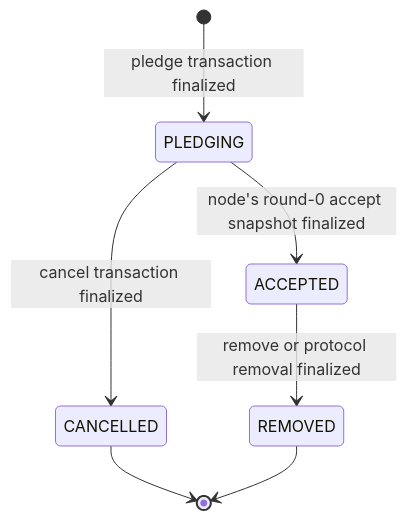
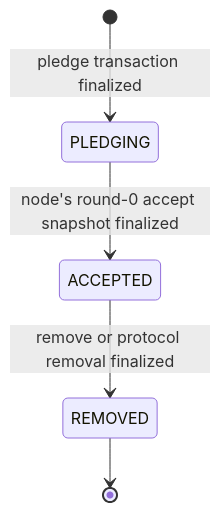
One commit to MixinNetwork/mixin changed the fourth of 6 diagrams in doc/mixin-kernel-technical-paper.md. Above: the diagram before and after it, drawn with Mermaid. The commit also changed other lines of this file and 8 other files, not shown here.

````diff
--- a/doc/mixin-kernel-technical-paper.md
+++ b/doc/mixin-kernel-technical-paper.md
@@ -354,9 +360,7 @@
 ```mermaid
 stateDiagram-v2
     [*] --> PLEDGING: pledge transaction finalized
     PLEDGING --> ACCEPTED: node's round-0 accept snapshot finalized
-    PLEDGING --> CANCELLED: cancel transaction finalized
     ACCEPTED --> REMOVED: remove or protocol removal finalized
-    CANCELLED --> [*]
     REMOVED --> [*]
 ```
````
